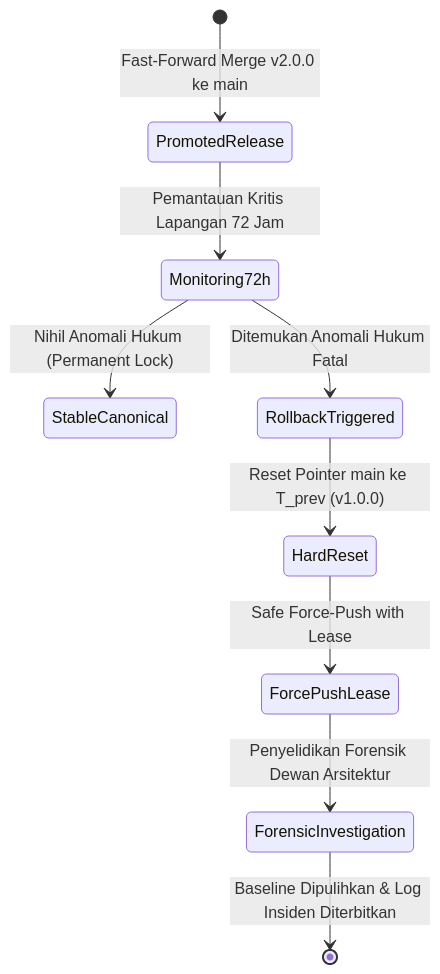
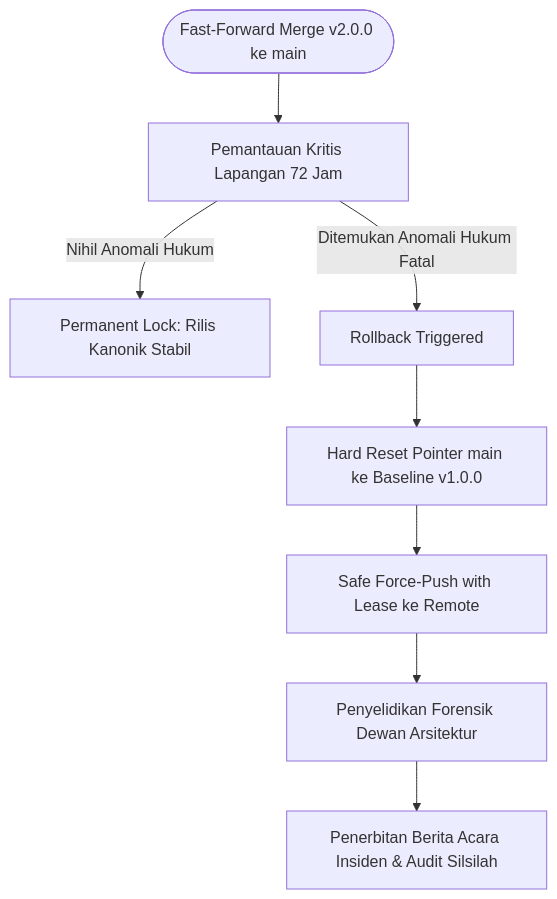
One commit to wandiapriliyandi/tumbuh changed the diagram in PROBE/PROBE_01/P00008-Kriteria-Kematangan-Promosi-Branch-V2-ke-Main.md. Above: the diagram before and after it, drawn with Mermaid. The commit also changed other lines of this file and 3 other files, not shown here.

Commit message:
fix(probe_01): eliminasi seluruh fence bash CLI dan perbaiki diagram mermaid berpetik ganda pada P00007, P00008, P00017, dan P00022

````diff
--- a/PROBE/PROBE_01/P00008-Kriteria-Kematangan-Promosi-Branch-V2-ke-Main.md
+++ b/PROBE/PROBE_01/P00008-Kriteria-Kematangan-Promosi-Branch-V2-ke-Main.md
@@ -396,11 +396,10 @@
 ```mermaid
-stateDiagram-v2
-    [*] --> PromotedRelease: Fast-Forward Merge v2.0.0 ke main
-    PromotedRelease --> Monitoring72h: Pemantauan Kritis Lapangan 72 Jam
-    Monitoring72h --> StableCanonical: Nihil Anomali Hukum (Permanent Lock)
-    Monitoring72h --> RollbackTriggered: Ditemukan Anomali Hukum Fatal
-    RollbackTriggered --> HardReset: Reset Pointer main ke T_prev (v1.0.0)
-    HardReset --> ForcePushLease: Safe Force-Push with Lease
-    ForcePushLease --> ForensicInvestigation: Penyelidikan Forensik Dewan Arsitektur
-    ForensicInvestigation --> [*]: Baseline Dipulihkan & Log Insiden Diterbitkan
+flowchart TD
+    Start([Fast-Forward Merge v2.0.0 ke main]) --> Monitoring["Pemantauan Kritis Lapangan 72 Jam"]
+    Monitoring -- "Nihil Anomali Hukum" --> Stable["Permanent Lock: Rilis Kanonik Stabil"]
+    Monitoring -- "Ditemukan Anomali Hukum Fatal" --> Trigger["Rollback Triggered"]
+    Trigger --> Reset["Hard Reset Pointer main ke Baseline v1.0.0"]
+    Reset --> Push["Safe Force-Push with Lease ke Remote"]
+    Push --> Investigation["Penyelidikan Forensik Dewan Arsitektur"]
+    Investigation --> Log["Penerbitan Berita Acara Insiden & Audit Silsilah"]
 ```
````
